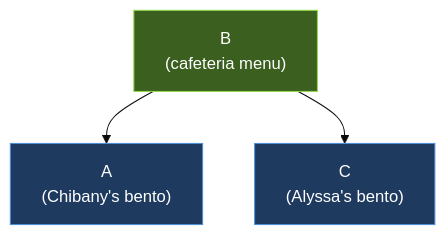
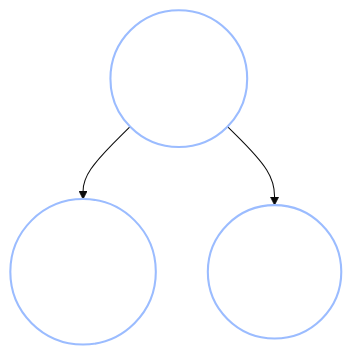
The second of 6 diagrams in content/intro2/09_conditional_independence.md (josephausterweil/probintro), drawn with Mermaid (base theme) before and after one commit. The commit also changed other lines of this file and 3 other files, not shown here.

````diff
--- a/content/intro2/09_conditional_independence.md
+++ b/content/intro2/09_conditional_independence.md
@@ -50,8 +49,7 @@
 ```mermaid
 graph TD
-    B["B<br/>(cafeteria menu)"] --> A["A<br/>(Chibany's bento)"]
-    B --> C["C<br/>(Alyssa's bento)"]
-    style B fill:#3a5f1f,stroke:#90d94a,color:#fff
-    style A fill:#1f3a5f,stroke:#4a90d9,color:#fff
-    style C fill:#1f3a5f,stroke:#4a90d9,color:#fff
+    B(("B<br/>(cafeteria menu)")) --> A(("A<br/>(Chibany's bento)"))
+    B --> C(("C<br/>(Alyssa's bento)"))
+    classDef node fill:none,stroke:#9bbcff,stroke-width:2px,color:#fff
+    class A,B,C node
 ```
````
